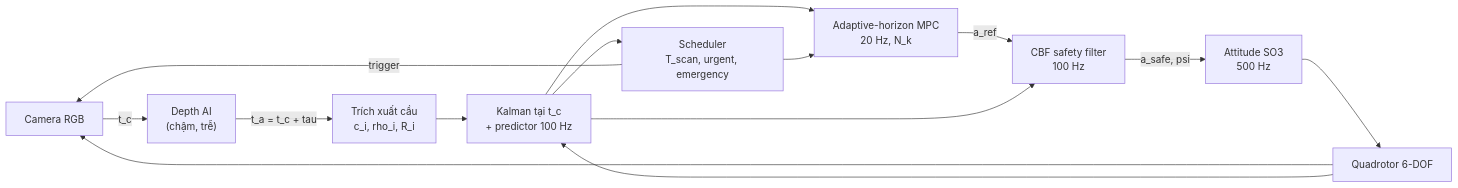
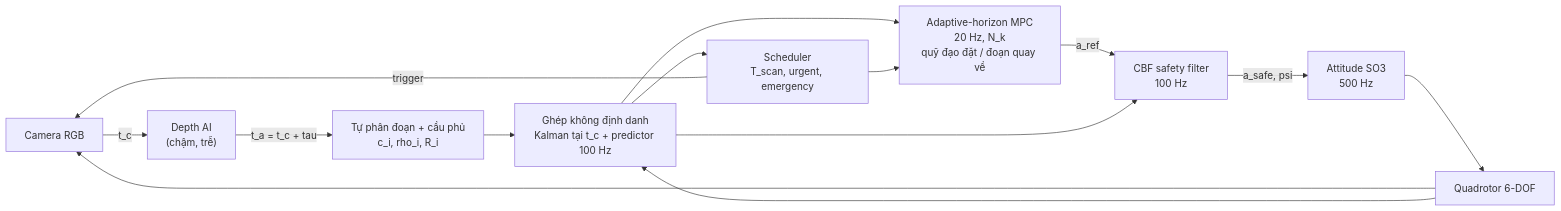
The diagram in README.md (nxbnxb1/project1), drawn with Mermaid before and after one commit. The commit also changed other lines of this file and 88 other files, not shown here.

````diff
--- a/README.md
+++ b/README.md
@@ -26,16 +30,16 @@
 ```mermaid
 flowchart LR
   CAM["Camera RGB"] -->|t_c| AI["Depth AI<br/>(chậm, trễ)"]
-  AI -->|t_a = t_c + tau| EX["Trích xuất cầu<br/>c_i, rho_i, R_i"]
-  EX --> KF["Kalman tại t_c<br/>+ predictor 100 Hz"]
+  AI -->|t_a = t_c + tau| EX["Tự phân đoạn + cầu phủ<br/>c_i, rho_i, R_i"]
+  EX --> KF["Ghép không định danh<br/>Kalman tại t_c + predictor 100 Hz"]
   KF --> SCH["Scheduler<br/>T_scan, urgent, emergency"]
   SCH -->|trigger| CAM
-  KF --> MPC["Adaptive-horizon MPC<br/>20 Hz, N_k"]
+  KF --> MPC["Adaptive-horizon MPC<br/>20 Hz, N_k<br/>quỹ đạo đặt / đoạn quay về"]
   SCH --> MPC
   MPC -->|a_ref| CBF["CBF safety filter<br/>100 Hz"]
   KF --> CBF
   CBF -->|a_safe, psi| ATT["Attitude SO3<br/>500 Hz"]
   ATT --> PLANT["Quadrotor 6-DOF"]
   PLANT --> CAM
   PLANT --> KF
 ```
````
